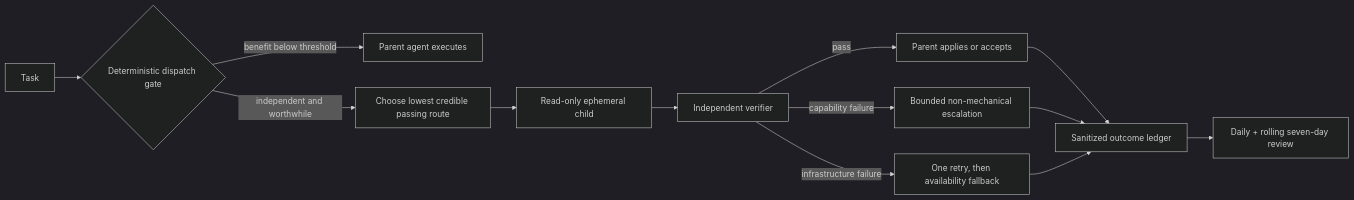
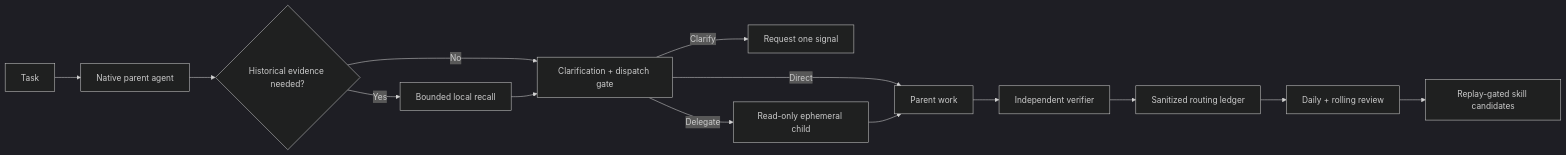
Before and after one commit to liuanye9-lab/codex-os-brain: the fourth of 4 diagrams in README.md, drawn with Mermaid (dark theme). The commit also changed other lines of this file and 39 other files, not shown here.

````diff
--- a/README.md
+++ b/README.md
@@ -36,15 +99,16 @@
 ```mermaid
 flowchart LR
-  Task["Task"] --> Gate{"Deterministic dispatch gate"}
-  Gate -->|"benefit below threshold"| Parent["Parent agent executes"]
-  Gate -->|"independent and worthwhile"| Route["Choose lowest credible passing route"]
-  Route --> Child["Read-only ephemeral child"]
-  Child --> Verify["Independent verifier"]
-  Verify -->|"pass"| Accept["Parent applies or accepts"]
-  Verify -->|"capability failure"| Escalate["Bounded non-mechanical escalation"]
-  Verify -->|"infrastructure failure"| Fallback["One retry, then availability fallback"]
-  Accept --> Ledger["Sanitized outcome ledger"]
-  Escalate --> Ledger
-  Fallback --> Ledger
-  Ledger --> Review["Daily + rolling seven-day review"]
+  Task["Task"] --> Parent["Native parent agent"]
+  Parent --> Memory{"Historical evidence needed?"}
+  Memory -->|"Yes"| Recall["Bounded local recall"]
+  Memory -->|"No"| Intake["Clarification + dispatch gate"]
+  Recall --> Intake
+  Intake -->|"Direct"| Work["Parent work"]
+  Intake -->|"Clarify"| Ask["Request one signal"]
+  Intake -->|"Delegate"| Child["Read-only ephemeral child"]
+  Child --> Work
+  Work --> Verify["Independent verifier"]
+  Verify --> Ledger["Sanitized routing ledger"]
+  Ledger --> Review["Daily + rolling review"]
+  Review --> Skills["Replay-gated skill candidates"]
 ```
````
